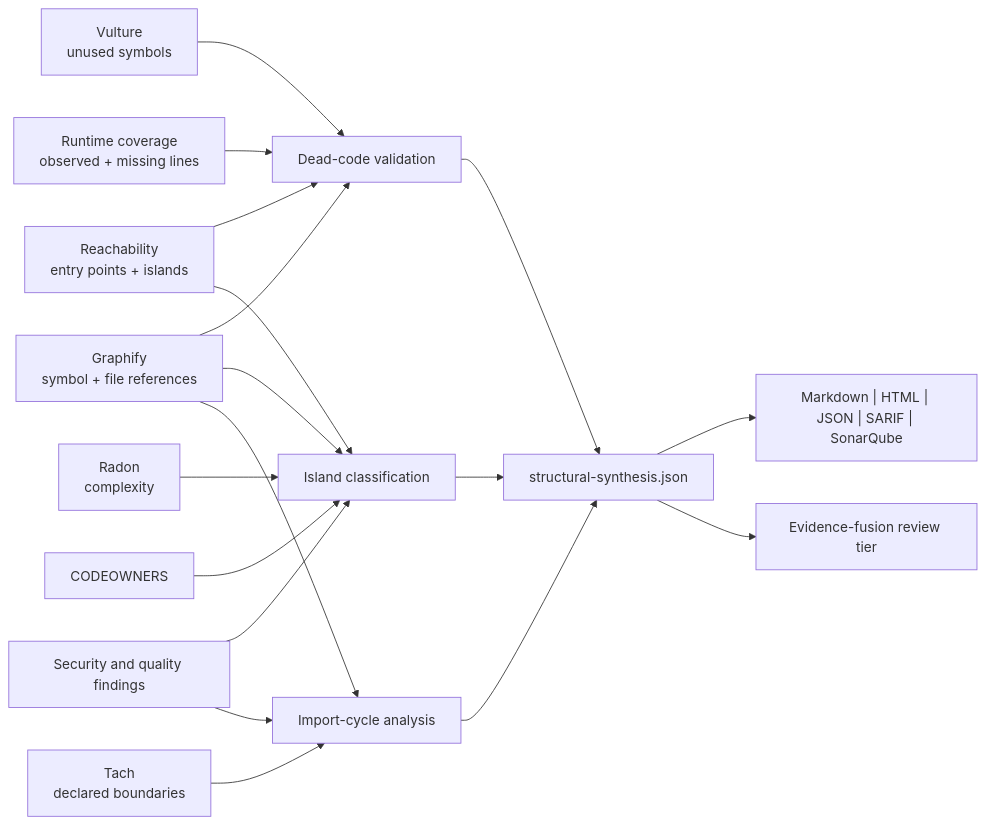
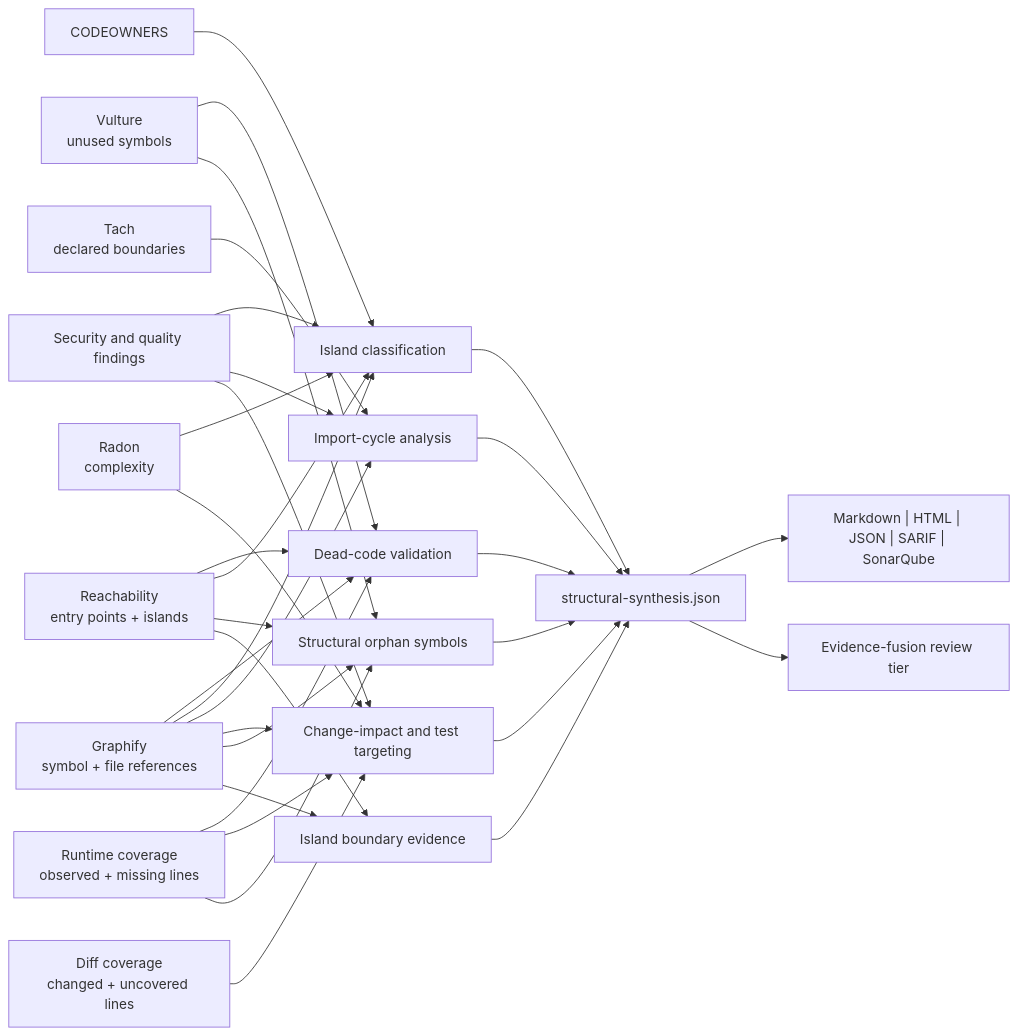
The diagram in docs/structural-synthesis.md (willtran87/project-py-security-suite), drawn with Mermaid before and after one commit. The commit also changed other lines of this file and 16 other files, not shown here.

````diff
--- a/docs/structural-synthesis.md
+++ b/docs/structural-synthesis.md
@@ -13,23 +13,40 @@
 ```mermaid
 flowchart LR
     Vulture["Vulture<br/>unused symbols"] --> Dead["Dead-code validation"]
     Reach["Reachability<br/>entry points + islands"] --> Dead
     Coverage["Runtime coverage<br/>observed + missing lines"] --> Dead
     Graph["Graphify<br/>symbol + file references"] --> Dead
 
     Reach --> Islands["Island classification"]
     Graph --> Islands
     Findings["Security and quality findings"] --> Islands
     Radon["Radon<br/>complexity"] --> Islands
     Owners["CODEOWNERS"] --> Islands
 
     Graph --> Cycles["Import-cycle analysis"]
     Tach["Tach<br/>declared boundaries"] --> Cycles
     Findings --> Cycles
 
+    Diff["Diff coverage<br/>changed + uncovered lines"] --> Change["Change-impact and test targeting"]
+    Graph --> Change
+    Coverage --> Change
+    Radon --> Change
+    Findings --> Change
+
+    Graph --> Orphans["Structural orphan symbols"]
+    Reach --> Orphans
+    Coverage --> Orphans
+    Vulture --> Orphans
+
+    Graph --> Boundary["Island boundary evidence"]
+    Reach --> Boundary
+
     Dead --> Artifact["structural-synthesis.json"]
     Islands --> Artifact
     Cycles --> Artifact
+    Change --> Artifact
+    Orphans --> Artifact
+    Boundary --> Artifact
     Artifact --> Reports["Markdown | HTML | JSON | SARIF | SonarQube"]
     Artifact --> Fusion["Evidence-fusion review tier"]
 ```
````
